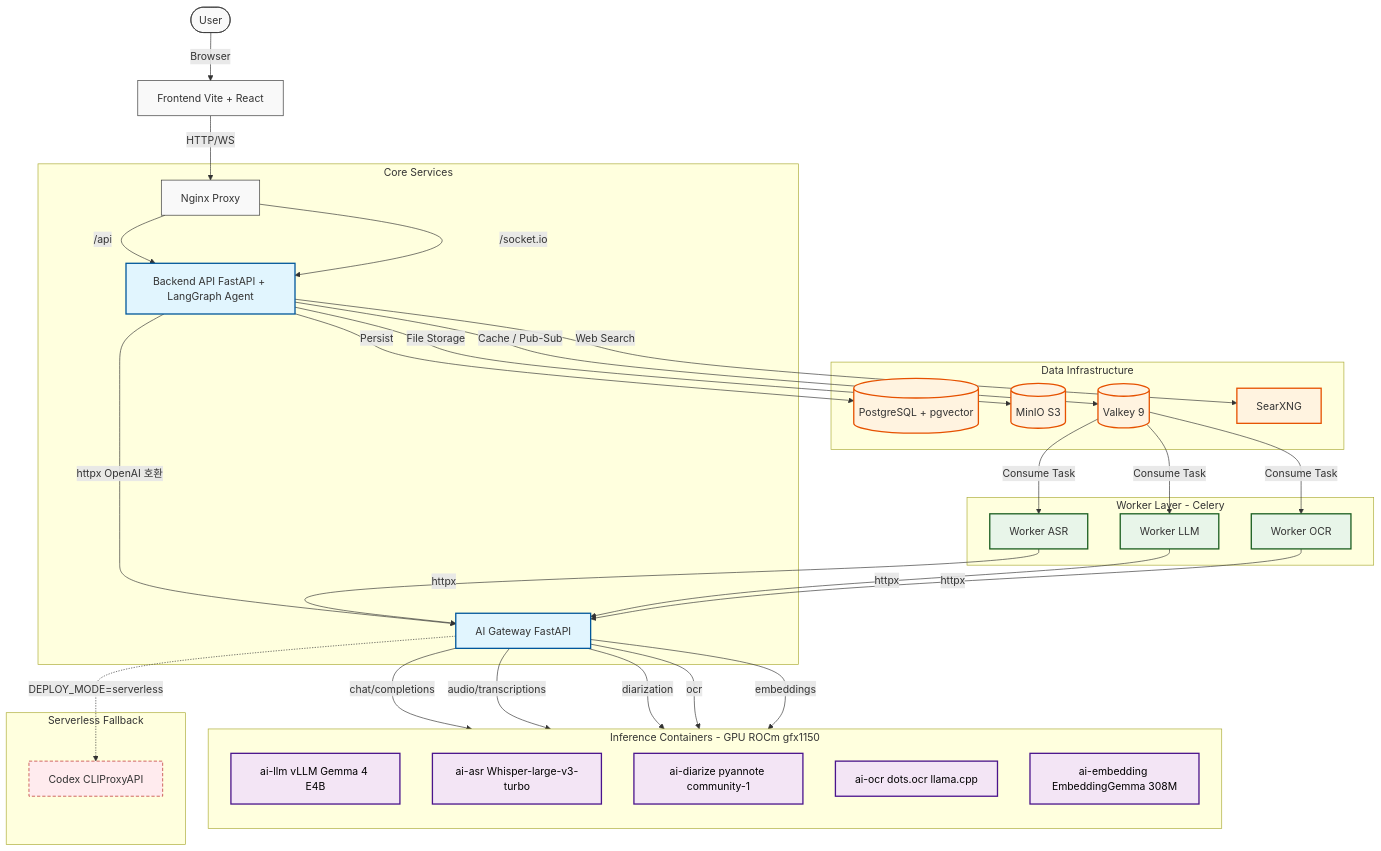
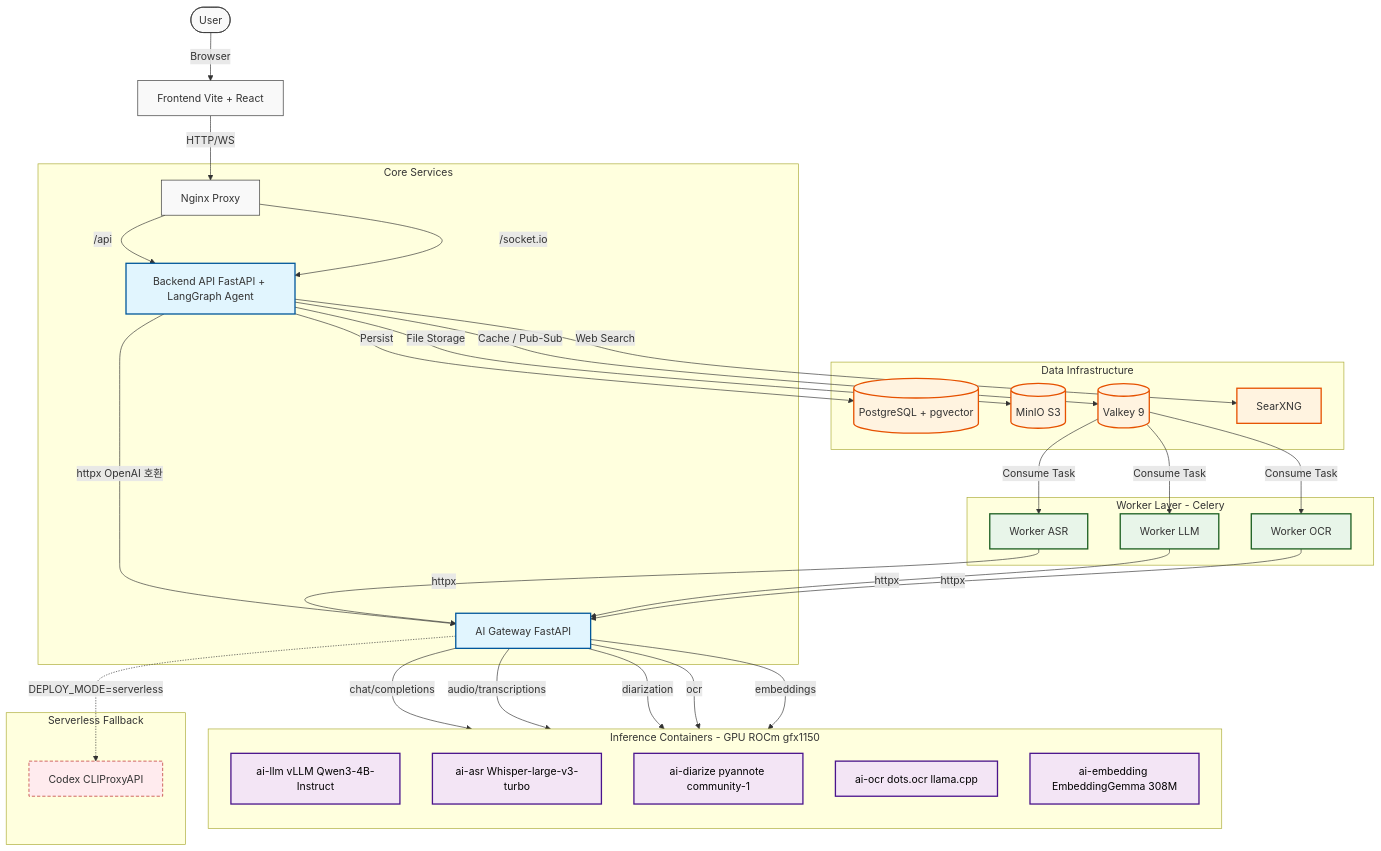
One commit to belucent0/inuself changed the diagram in ARCHITECTURE.md. Above: the diagram before and after it, drawn with Mermaid. The commit also changed other lines of this file and 6 other files, not shown here.

First line of the commit message:
feat(ai-llm): Gemma 4 E4B → Qwen3-4B-Instruct-2507 BF16 교체 — +36% 속도, 메모리 절반

````diff
--- a/ARCHITECTURE.md
+++ b/ARCHITECTURE.md
@@ -6,68 +6,68 @@
 ```mermaid
 flowchart TD
     %% 사용자 및 프론트엔드
     User([User]) -->|Browser| Frontend[Frontend Vite + React]
     Frontend -->|HTTP/WS| Nginx[Nginx Proxy]
 
     %% 백엔드 및 코어 서비스
     subgraph Core_Services [Core Services]
         Nginx -->|/api| Backend[Backend API FastAPI + LangGraph Agent]
         Nginx -->|/socket.io| Backend
         Backend -->|httpx OpenAI 호환| AIGW[AI Gateway FastAPI]
     end
 
     %% 데이터 인프라
     subgraph Data_Layer [Data Infrastructure]
         Backend -->|Persist| DB[(PostgreSQL + pgvector)]
         Backend -->|File Storage| S3[(MinIO S3)]
         Backend -->|Cache / Pub-Sub| Redis[(Valkey 9)]
         Backend -->|Web Search| SearXNG[SearXNG]
     end
 
     %% 워커 (비동기 처리)
     subgraph Worker_Layer [Worker Layer - Celery]
         Redis -->|Consume Task| W_ASR[Worker ASR]
         Redis -->|Consume Task| W_LLM[Worker LLM]
         Redis -->|Consume Task| W_OCR[Worker OCR]
         W_ASR -->|httpx| AIGW
         W_LLM -->|httpx| AIGW
         W_OCR -->|httpx| AIGW
     end
 
     %% 추론 컨테이너 (ai-* prefix, 모두 ROCm)
     subgraph Inference_Containers [Inference Containers - GPU ROCm gfx1150]
         direction TB
-        AI_LLM[ai-llm vLLM Gemma 4 E4B]
+        AI_LLM[ai-llm vLLM Qwen3-4B-Instruct]
         AI_ASR[ai-asr Whisper-large-v3-turbo]
         AI_DIARIZE[ai-diarize pyannote community-1]
         AI_OCR[ai-ocr dots.ocr llama.cpp]
         AI_EMBED[ai-embedding EmbeddingGemma 308M]
     end
 
     %% Serverless 폴백
     subgraph Serverless_Fallback [Serverless Fallback]
         Codex[Codex CLIProxyAPI]
     end
 
     %% AI Gateway → 추론 컨테이너
     AIGW -->|chat/completions| AI_LLM
     AIGW -->|audio/transcriptions| AI_ASR
     AIGW -->|diarization| AI_DIARIZE
     AIGW -->|ocr| AI_OCR
     AIGW -->|embeddings| AI_EMBED
     AIGW -.->|DEPLOY_MODE=serverless| Codex
 
     %% 스타일링
     classDef default fill:#f9f9f9,stroke:#333,stroke-width:1px;
     classDef core fill:#e1f5fe,stroke:#01579b,stroke-width:2px;
     classDef data fill:#fff3e0,stroke:#e65100,stroke-width:2px;
     classDef worker fill:#e8f5e9,stroke:#1b5e20,stroke-width:2px;
     classDef compute fill:#f3e5f5,stroke:#4a148c,stroke-width:2px,color:#000;
     classDef fallback fill:#ffebee,stroke:#b71c1c,stroke-width:1px,stroke-dasharray:5 3;
 
     class Backend,AIGW core;
     class DB,S3,Redis,SearXNG data;
     class W_ASR,W_LLM,W_OCR worker;
     class AI_LLM,AI_ASR,AI_DIARIZE,AI_OCR,AI_EMBED compute;
     class Codex fallback;
 ```
````
